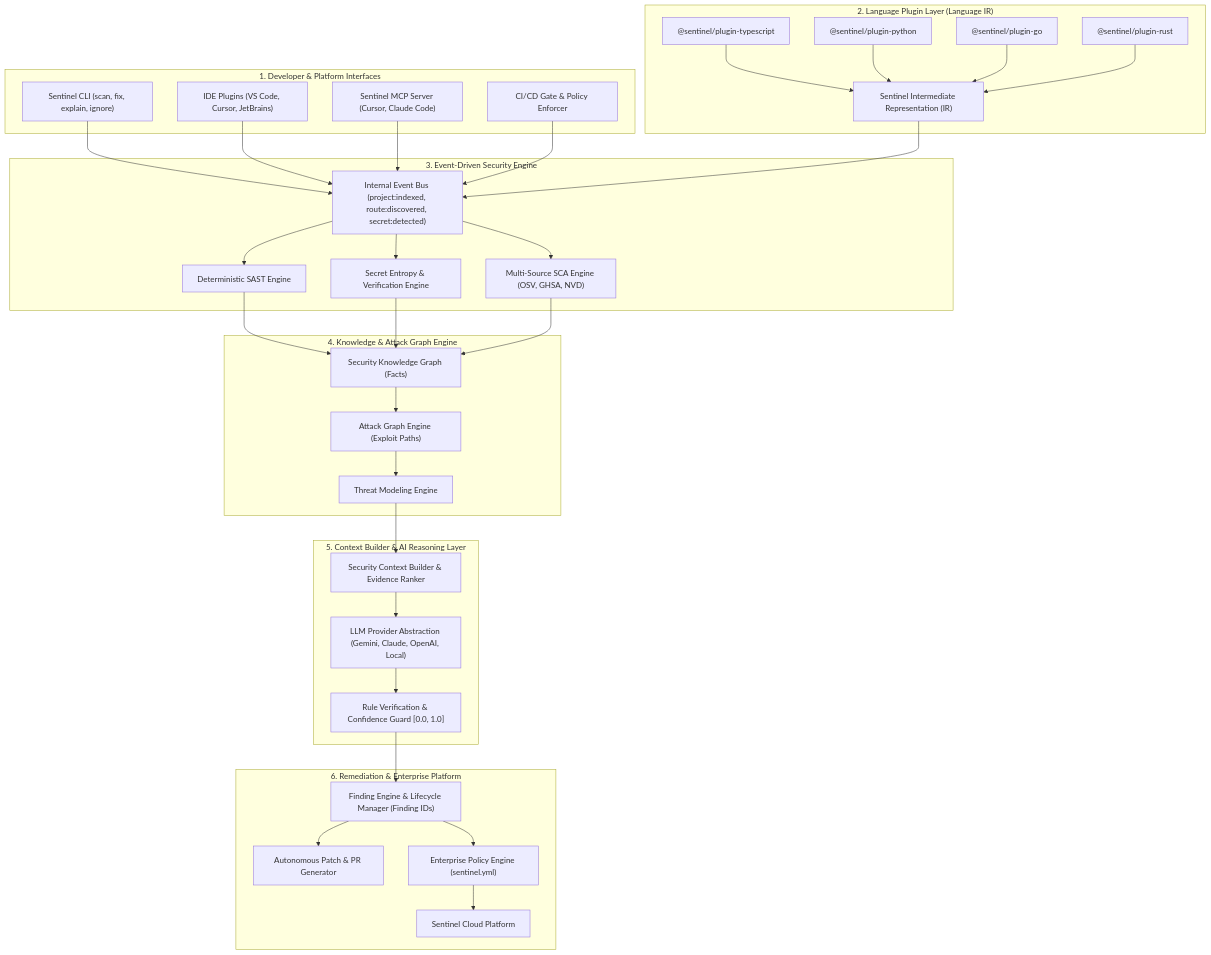
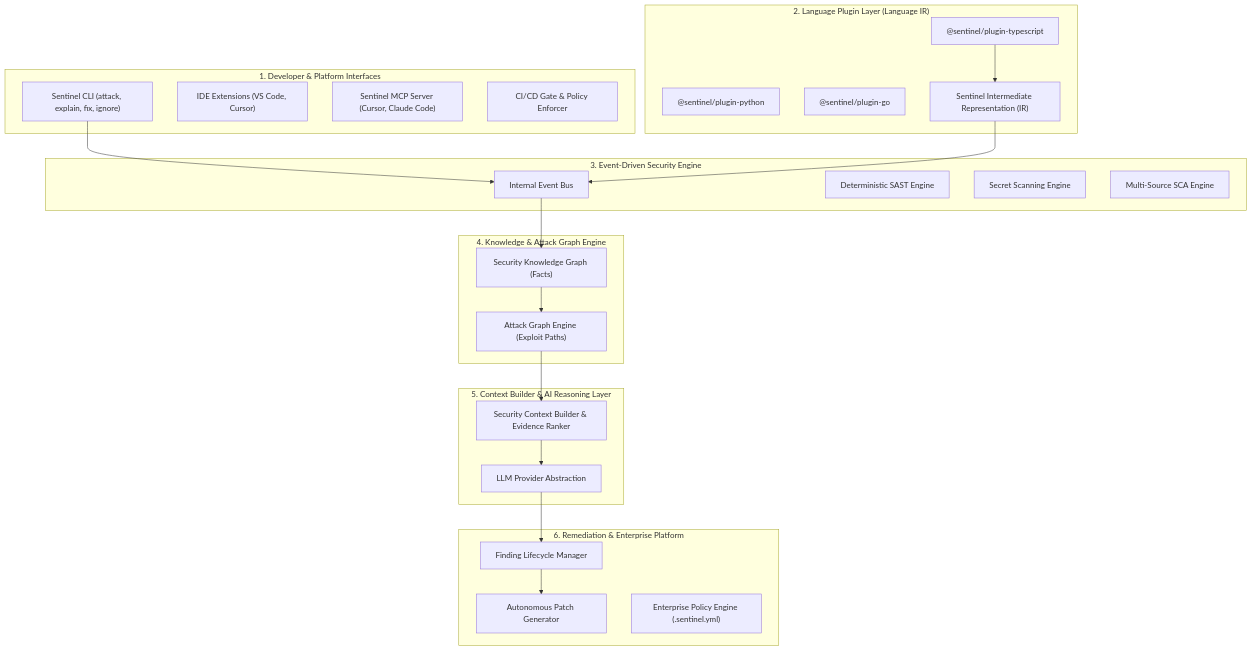
The second of 2 diagrams in plan.md (Drix10/sentinal), drawn with Mermaid before and after one commit. The commit also changed other lines of this file and 15 other files, not shown here.

Commit message:
feat: implement sentinel core CLI with AI-driven attack analysis, remediation, and configuration commands

````diff
--- a/plan.md
+++ b/plan.md
@@ -84,74 +137,49 @@
 ```mermaid
 graph TD
     subgraph "1. Developer & Platform Interfaces"
-        CLI["Sentinel CLI (scan, fix, explain, ignore)"]
-        IDE["IDE Plugins (VS Code, Cursor, JetBrains)"]
+        CLI["Sentinel CLI (attack, explain, fix, ignore)"]
+        IDE["IDE Extensions (VS Code, Cursor)"]
         MCP["Sentinel MCP Server (Cursor, Claude Code)"]
         CI["CI/CD Gate & Policy Enforcer"]
     end
 
     subgraph "2. Language Plugin Layer (Language IR)"
         TSPlugin["@sentinel/plugin-typescript"]
         PyPlugin["@sentinel/plugin-python"]
         GoPlugin["@sentinel/plugin-go"]
-        RustPlugin["@sentinel/plugin-rust"]
         SentinelIR["Sentinel Intermediate Representation (IR)"]
     end
 
     subgraph "3. Event-Driven Security Engine"
-        EventBus["Internal Event Bus (project:indexed, route:discovered, secret:detected)"]
+        EventBus["Internal Event Bus"]
         SASTEngine["Deterministic SAST Engine"]
-        SecretEngine["Secret Entropy & Verification Engine"]
-        SCAEngine["Multi-Source SCA Engine (OSV, GHSA, NVD)"]
+        SecretEngine["Secret Scanning Engine"]
+        SCAEngine["Multi-Source SCA Engine"]
     end
 
     subgraph "4. Knowledge & Attack Graph Engine"
         KnowledgeGraph["Security Knowledge Graph (Facts)"]
         AttackGraphEngine["Attack Graph Engine (Exploit Paths)"]
-        ThreatModeler["Threat Modeling Engine"]
     end
 
     subgraph "5. Context Builder & AI Reasoning Layer"
         ContextBuilder["Security Context Builder & Evidence Ranker"]
-        LLMAbstraction["LLM Provider Abstraction (Gemini, Claude, OpenAI, Local)"]
-        RuleVerifier["Rule Verification & Confidence Guard [0.0, 1.0]"]
+        LLMAbstraction["LLM Provider Abstraction"]
     end
 
     subgraph "6. Remediation & Enterprise Platform"
-        FindingStore["Finding Engine & Lifecycle Manager (Finding IDs)"]
-        PatchGenerator["Autonomous Patch & PR Generator"]
-        PolicyEngine["Enterprise Policy Engine (sentinel.yml)"]
-        SentinelCloud["Sentinel Cloud Platform"]
+        FindingStore["Finding Lifecycle Manager"]
+        PatchGenerator["Autonomous Patch Generator"]
+        PolicyEngine["Enterprise Policy Engine (.sentinel.yml)"]
     end
 
     CLI --> EventBus
-    IDE --> EventBus
-    MCP --> EventBus
-    CI --> EventBus
-
     TSPlugin --> SentinelIR
-    PyPlugin --> SentinelIR
-    GoPlugin --> SentinelIR
-    RustPlugin --> SentinelIR
-
     SentinelIR --> EventBus
-    EventBus --> SASTEngine
-    EventBus --> SecretEngine
-    EventBus --> SCAEngine
-
-    SASTEngine --> KnowledgeGraph
-    SecretEngine --> KnowledgeGraph
-    SCAEngine --> KnowledgeGraph
-
+    EventBus --> KnowledgeGraph
     KnowledgeGraph --> AttackGraphEngine
-    AttackGraphEngine --> ThreatModeler
-    ThreatModeler --> ContextBuilder
-
+    AttackGraphEngine --> ContextBuilder
     ContextBuilder --> LLMAbstraction
-    LLMAbstraction --> RuleVerifier
-    RuleVerifier --> FindingStore
-
+    LLMAbstraction --> FindingStore
     FindingStore --> PatchGenerator
-    FindingStore --> PolicyEngine
-    PolicyEngine --> SentinelCloud
 ```
````
